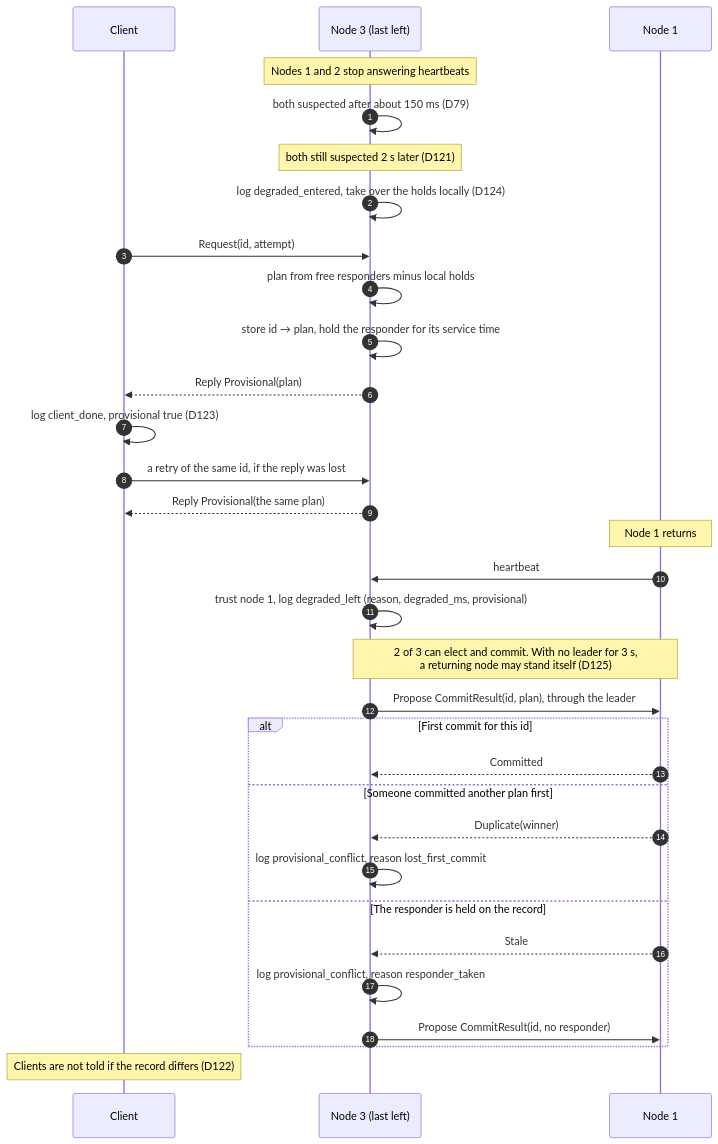
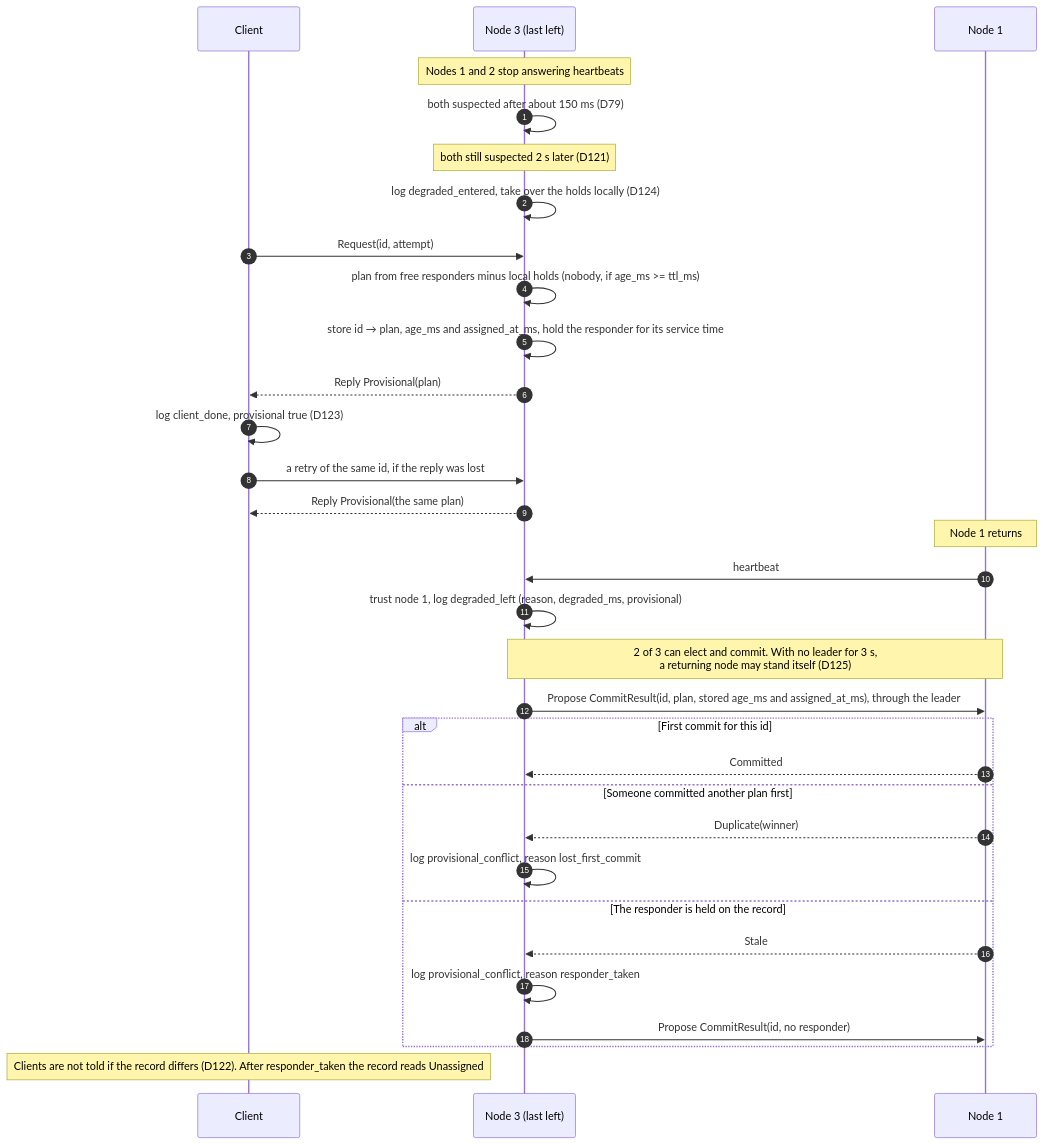
Diagram 24 of 43 in docs/architecture.md (noortaytoy1/DistributedSystems), drawn with Mermaid before and after one commit. The commit also changed other lines of this file and 7 other files, not shown here.

````diff
--- a/docs/architecture.md
+++ b/docs/architecture.md
@@ -762,35 +968,35 @@
 ```mermaid
 sequenceDiagram
     autonumber
     participant C as Client
     participant N3 as Node 3 (last left)
     participant N1 as Node 1
 
     Note over N3: Nodes 1 and 2 stop answering heartbeats
     N3->>N3: both suspected after about 150 ms (D79)
     Note over N3: both still suspected 2 s later (D121)
     N3->>N3: log degraded_entered, take over the holds locally (D124)
     C->>N3: Request(id, attempt)
-    N3->>N3: plan from free responders minus local holds
-    N3->>N3: store id → plan, hold the responder for its service time
+    N3->>N3: plan from free responders minus local holds (nobody, if age_ms >= ttl_ms)
+    N3->>N3: store id → plan, age_ms and assigned_at_ms, hold the responder for its service time
     N3-->>C: Reply Provisional(plan)
     C->>C: log client_done, provisional true (D123)
     C->>N3: a retry of the same id, if the reply was lost
     N3-->>C: Reply Provisional(the same plan)
     Note over N1: Node 1 returns
     N1->>N3: heartbeat
     N3->>N3: trust node 1, log degraded_left (reason, degraded_ms, provisional)
     Note over N1,N3: 2 of 3 can elect and commit. With no leader for 3 s,<br/>a returning node may stand itself (D125)
-    N3->>N1: Propose CommitResult(id, plan), through the leader
+    N3->>N1: Propose CommitResult(id, plan, stored age_ms and assigned_at_ms), through the leader
     alt First commit for this id
         N1-->>N3: Committed
     else Someone committed another plan first
         N1-->>N3: Duplicate(winner)
         N3->>N3: log provisional_conflict, reason lost_first_commit
     else The responder is held on the record
         N1-->>N3: Stale
         N3->>N3: log provisional_conflict, reason responder_taken
         N3->>N1: Propose CommitResult(id, no responder)
     end
-    Note over C: Clients are not told if the record differs (D122)
+    Note over C: Clients are not told if the record differs (D122). After responder_taken the record reads Unassigned
 ```
````
